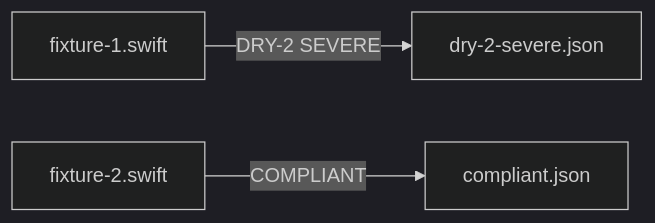
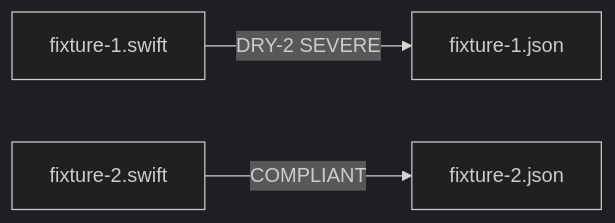
Before and after one commit to Swift-Gurus/solid-coder: the diagram in .claude/specs/SPEC-001-solid-coder/features/SPEC-013-principle-review-test-harness/subtasks/SPEC-019-dry-fixtures/Spec.md, drawn with Mermaid (dark theme). The commit also changed other lines of this file and 687 other files, not shown here.

````diff
--- a/.claude/specs/SPEC-001-solid-coder/features/SPEC-013-principle-review-test-harness/subtasks/SPEC-019-dry-fixtures/Spec.md
+++ b/.claude/specs/SPEC-001-solid-coder/features/SPEC-013-principle-review-test-harness/subtasks/SPEC-019-dry-fixtures/Spec.md
@@ -51,5 +51,5 @@
 ```mermaid
 graph LR
-    F1[fixture-1.swift] -->|DRY-2 SEVERE| E1[dry-2-severe.json]
-    F2[fixture-2.swift] -->|COMPLIANT| E2[compliant.json]
+    F1[fixture-1.swift] -->|DRY-2 SEVERE| E1[fixture-1.json]
+    F2[fixture-2.swift] -->|COMPLIANT| E2[fixture-2.json]
 ```
````
